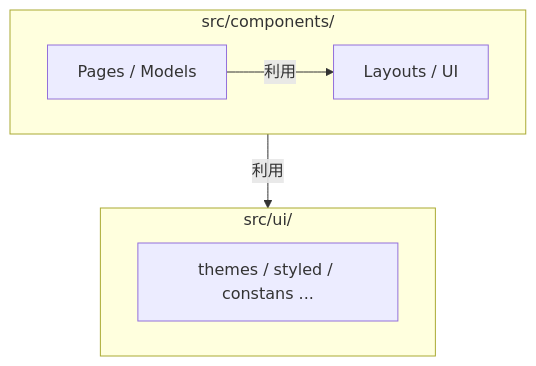
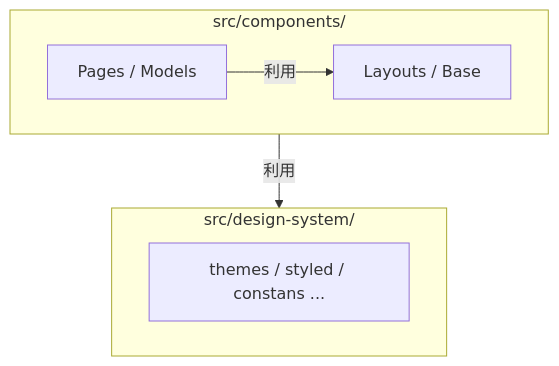
One commit to taiga-K/frontend-template changed the first of 2 diagrams in AGENTS.md. Above: the diagram before and after it, drawn with Mermaid. The commit also changed other lines of this file and 2 other files, not shown here.

First line of the commit message:
refactor(components): ディレクトリ名変更 UI→Base, ui→design-system

````diff
--- a/AGENTS.md
+++ b/AGENTS.md
@@ -16,20 +16,20 @@
 ```mermaid
 flowchart TD
 
 subgraph C[src/components/]
     P[Pages / Models]
-    L[Layouts / UI]
+    L[Layouts / Base]
     P -->|利用| L
 end
 
-subgraph U[src/ui/]
+subgraph U[src/design-system/]
     T[themes / styled / constans ...]
 end
 
 C -->|利用| U
 
 %% 説明:
 %% Pages / Models ← ビジネスロジック
-%% Layouts / UI ← レイアウト・UIパーツ
-%% src/ui ← 共通基盤・スタイル定義
+%% Layouts / Base ← レイアウト・UIパーツ
+%% src/design-system ← 共通基盤・スタイル定義
 ```
````
